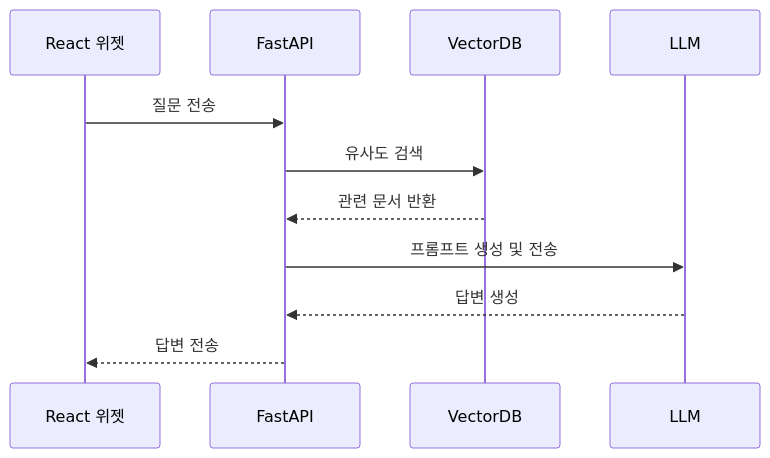
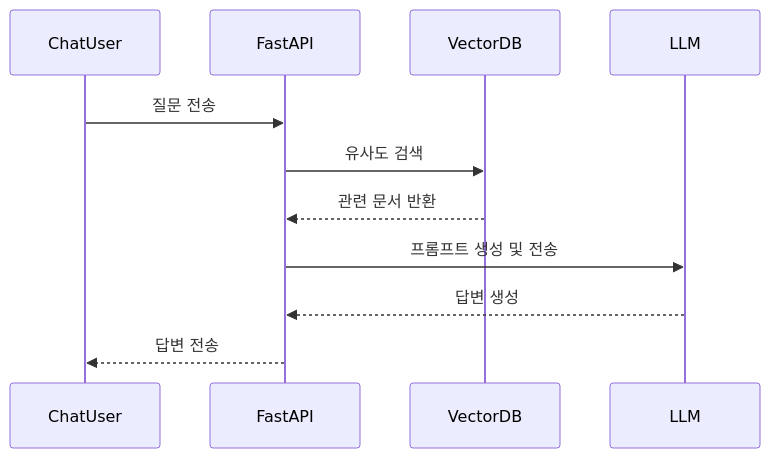
Before and after one commit to watanka/AbotMe: the fourth of 5 diagrams in docs/design.md, drawn with Mermaid. The commit also changed 5 other files, not shown here.

````diff
--- a/docs/design.md
+++ b/docs/design.md
@@ -124,14 +124,14 @@
 ```mermaid
 sequenceDiagram
-    participant Widget as React 위젯
+    participant ChatUser
     participant FastAPI
     participant VectorDB
     participant LLM
     
-    Widget->>FastAPI: 질문 전송
+    ChatUser->>FastAPI: 질문 전송
     FastAPI->>VectorDB: 유사도 검색
     VectorDB-->>FastAPI: 관련 문서 반환
     FastAPI->>LLM: 프롬프트 생성 및 전송
     LLM-->>FastAPI: 답변 생성
-    FastAPI-->>Widget: 답변 전송
+    FastAPI-->>ChatUser: 답변 전송
 ```
````
